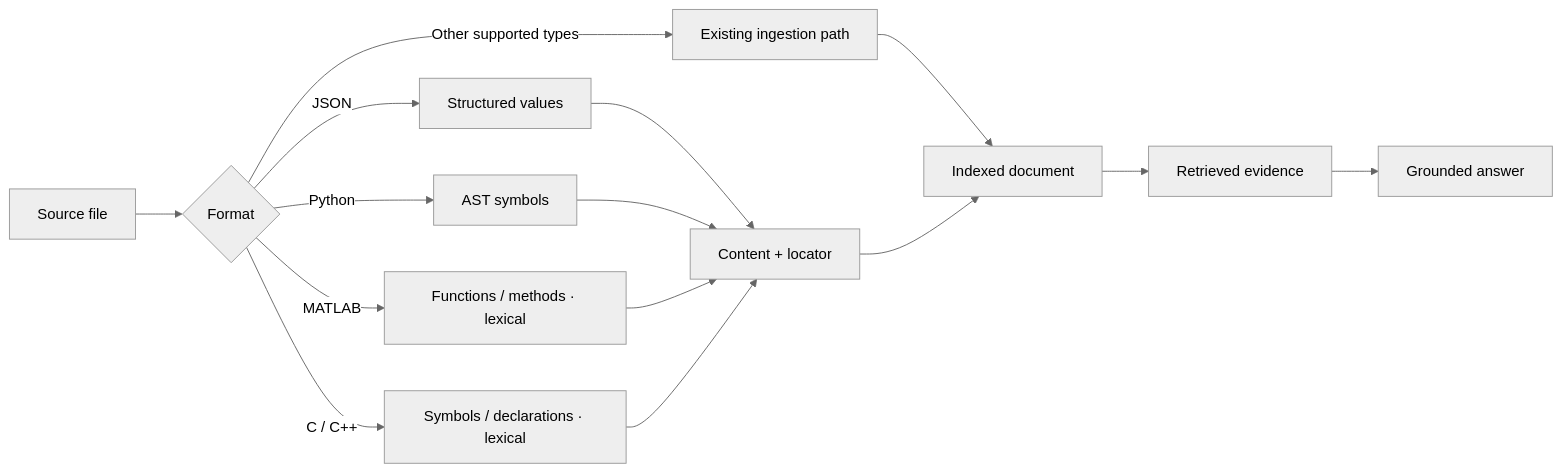
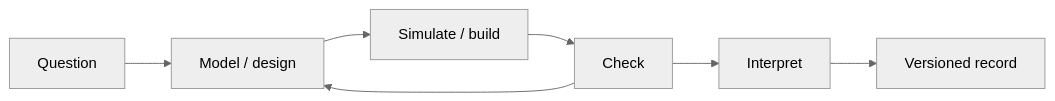
The diagram in README.md (huaqing0617-wang/huaqing0617-wang), drawn with Mermaid (neutral theme) before and after one commit. The commit also changed other lines of this file, not shown here.

````diff
--- a/README.md
+++ b/README.md
@@ -122,17 +64,9 @@
 ```mermaid
 flowchart LR
-    F["Source file"] --> T{"Format"}
-    T -->|JSON| J["Structured values"]
-    T -->|Python| P["AST symbols"]
-    T -->|MATLAB| M["Functions / methods · lexical"]
-    T -->|C / C++| S["Symbols / declarations · lexical"]
-    T -->|Other supported types| G["Existing ingestion path"]
-    J --> C["Content + locator"]
-    P --> C
-    M --> C
-    S --> C
-    G --> I["Indexed document"]
-    C --> I
-    I --> R["Retrieved evidence"]
-    R --> A["Grounded answer"]
+    Q["Question"] --> M["Model / design"]
+    M --> B["Simulate / build"]
+    B --> V["Check"]
+    V --> A["Interpret"]
+    A --> R["Versioned record"]
+    V --> M
 ```
````
